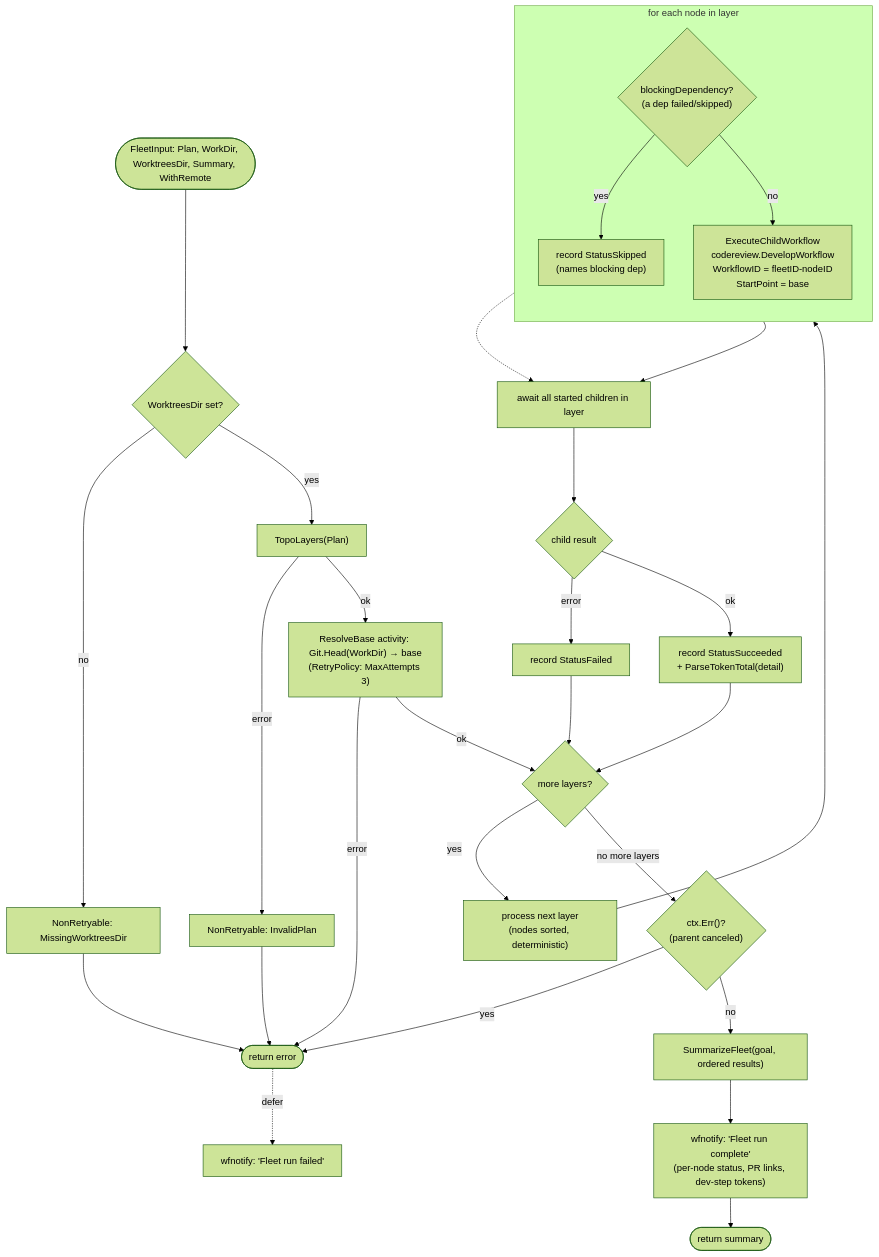
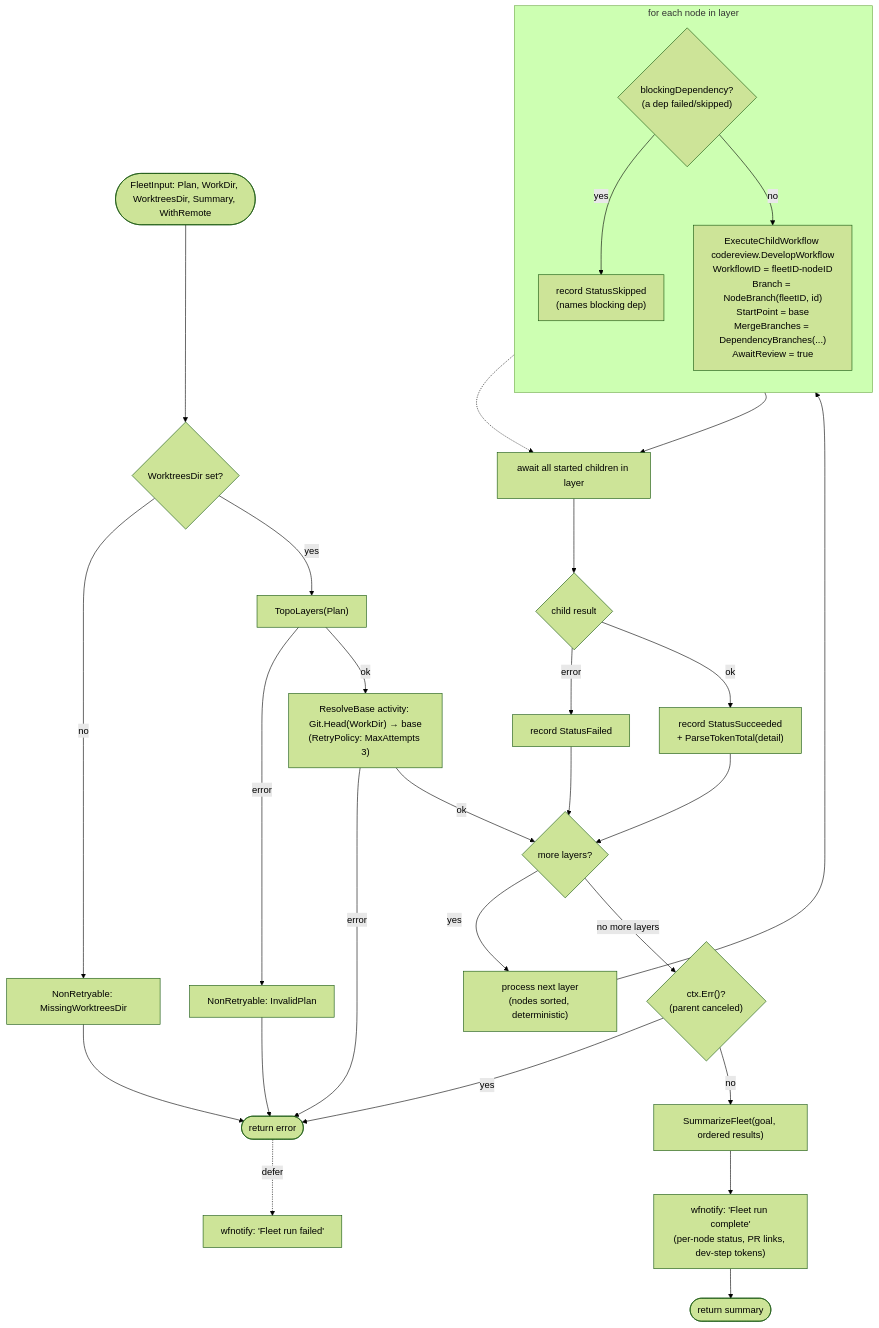
One commit to jcmonteiro/temporal-agents changed the second of 3 diagrams in internal/fleet/README.md. Above: the diagram before and after it, drawn with Mermaid (forest theme). The commit also changed other lines of this file, not shown here.

Commit message:
docs(fleet): update diagrams for dependency seeding and Phase 1 review

````diff
--- a/internal/fleet/README.md
+++ b/internal/fleet/README.md
@@ -70,37 +72,37 @@
 ```mermaid
 flowchart TD
     start([FleetInput: Plan, WorkDir, WorktreesDir, Summary, WithRemote]) --> wtguard{"WorktreesDir set?"}
     wtguard -->|no| errWT["NonRetryable: MissingWorktreesDir"] --> fail
 
     wtguard -->|yes| topo["TopoLayers(Plan)"]
     topo -->|error| errPlan["NonRetryable: InvalidPlan"] --> fail
     topo -->|ok| resolve["ResolveBase activity: Git.Head(WorkDir) → base<br/>(RetryPolicy: MaxAttempts 3)"]
     resolve -->|error| fail
     resolve -->|ok| layerLoop{"more layers?"}
 
     layerLoop -->|yes| layer["process next layer<br/>(nodes sorted, deterministic)"]
 
     subgraph layerBody["for each node in layer"]
         direction TB
         nodeCheck{"blockingDependency?<br/>(a dep failed/skipped)"}
         nodeCheck -->|yes| skip["record StatusSkipped<br/>(names blocking dep)"]
-        nodeCheck -->|no| spawn["ExecuteChildWorkflow<br/>codereview.DevelopWorkflow<br/>WorkflowID = fleetID-nodeID<br/>StartPoint = base"]
+        nodeCheck -->|no| spawn["ExecuteChildWorkflow codereview.DevelopWorkflow<br/>WorkflowID = fleetID-nodeID<br/>Branch = NodeBranch(fleetID, id)<br/>StartPoint = base<br/>MergeBranches = DependencyBranches(...)<br/>AwaitReview = true"]
     end
 
     layer --> layerBody
     layerBody --> settle["await all started children in layer"]
     settle --> record{"child result"}
     record -->|error| markFail["record StatusFailed"]
     record -->|ok| markOk["record StatusSucceeded<br/>+ ParseTokenTotal(detail)"]
     markFail --> layerLoop
     markOk --> layerLoop
     skip -.-> settle
 
     layerLoop -->|no more layers| cancel{"ctx.Err()?<br/>(parent canceled)"}
     cancel -->|yes| fail
     cancel -->|no| summarize["SummarizeFleet(goal, ordered results)"]
     summarize --> notifyDone["wfnotify: 'Fleet run complete'<br/>(per-node status, PR links, dev-step tokens)"]
     notifyDone --> done([return summary])
 
     fail([return error]) -.->|defer| failnote["wfnotify: 'Fleet run failed'"]
 ```
````
